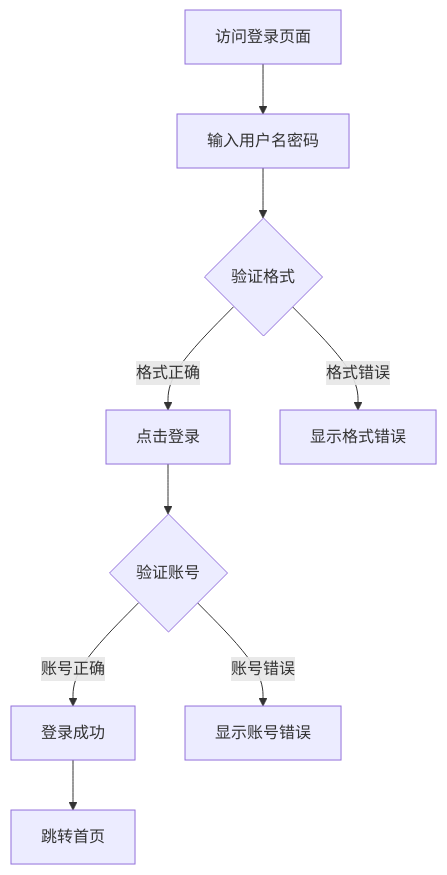
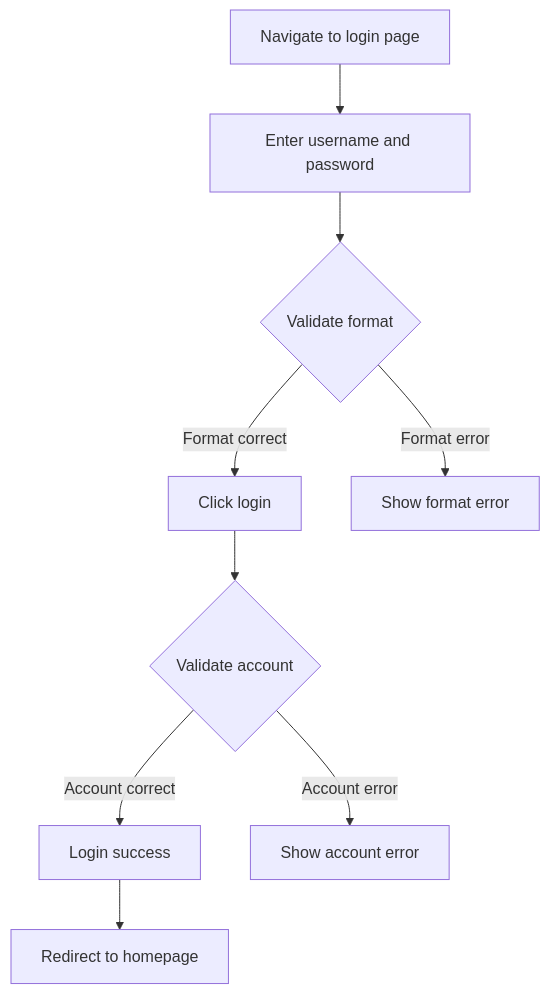
Before and after one commit to SolarWire/SolarWire-APPs: the diagram in sw-skills/solarwire/workflow-test.md, drawn with Mermaid. The commit also changed other lines of this file and 58 other files, not shown here.

````diff
--- a/sw-skills/solarwire/workflow-test.md
+++ b/sw-skills/solarwire/workflow-test.md
@@ -169,11 +172,11 @@
 ```mermaid
 flowchart TD
-    A[访问登录页面] --> B[输入用户名密码]
-    B --> C{验证格式}
-    C -->|格式正确| D[点击登录]
-    C -->|格式错误| E[显示格式错误]
-    D --> F{验证账号}
-    F -->|账号正确| G[登录成功]
-    F -->|账号错误| H[显示账号错误]
-    G --> I[跳转首页]
+    A[Navigate to login page] --> B[Enter username and password]
+    B --> C{Validate format}
+    C -->|Format correct| D[Click login]
+    C -->|Format error| E[Show format error]
+    D --> F{Validate account}
+    F -->|Account correct| G[Login success]
+    F -->|Account error| H[Show account error]
+    G --> I[Redirect to homepage]
 ```
````
